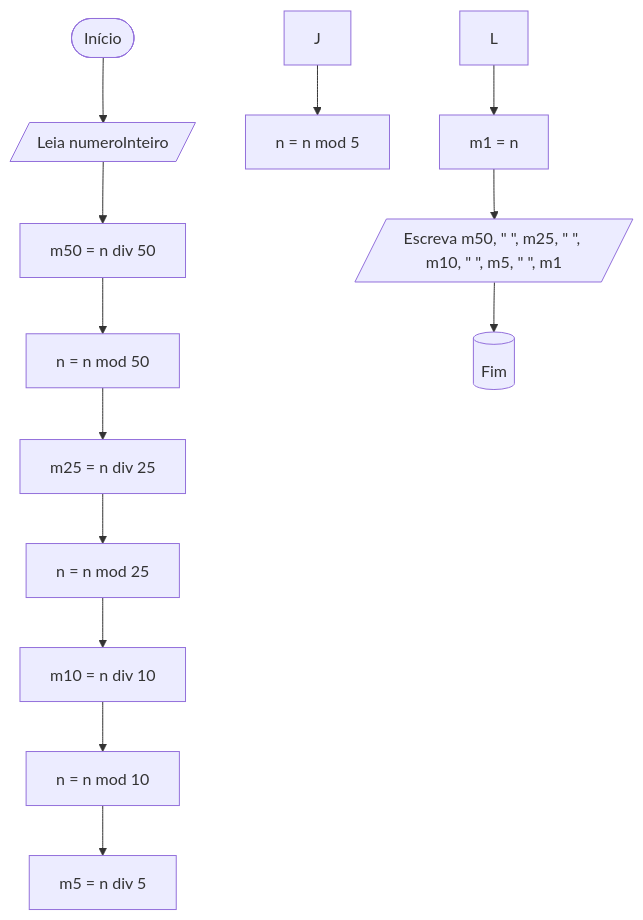
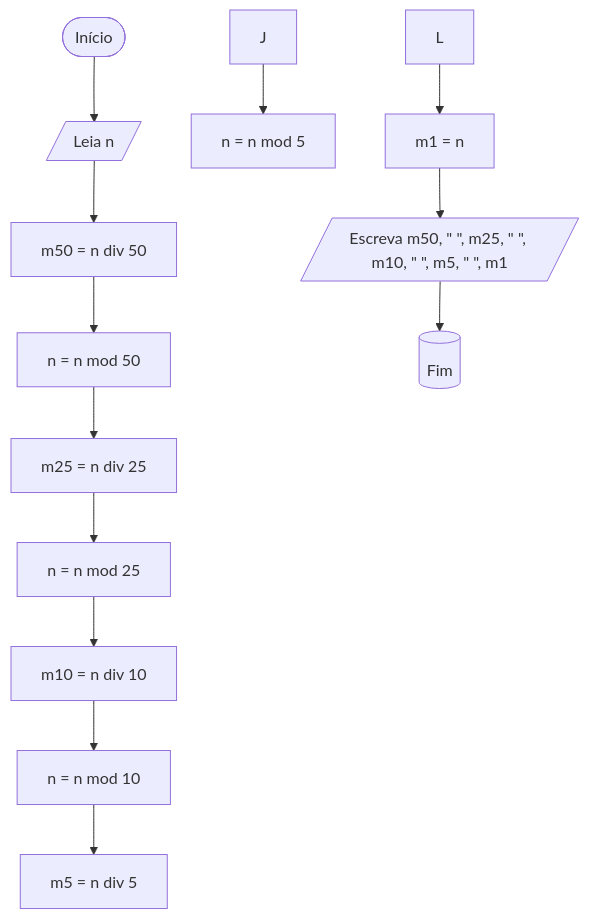
The diagram in 08 - Calcular moedas/readme.md (lucasgch/pensamentocomputacionalealgoritmos), drawn with Mermaid before and after one commit. The commit also changed other lines of this file, not shown here.

````diff
--- a/08 - Calcular moedas/readme.md
+++ b/08 - Calcular moedas/readme.md
@@ -7,15 +7,15 @@
 ```mermaid
 graph TD
-    A([Início]) --> B[/Leia numeroInteiro/]
+    A([Início]) --> B[/Leia n/]
     B --> C[m50 = n div 50]
     C --> D[n = n mod 50]
     D --> E[m25 = n div 25]
     E --> F[n = n mod 25]
     F --> G[m10 = n div 10]
     G --> H[n = n mod 10]
     H --> I[m5 = n div 5]
     J --> K[n = n mod 5]
     L --> M[m1 = n]
     M --> N[/Escreva m50, " ", m25, " ", m10, " ", m5, " ", m1/]
     N --> O[(Fim)]
 ```
````
